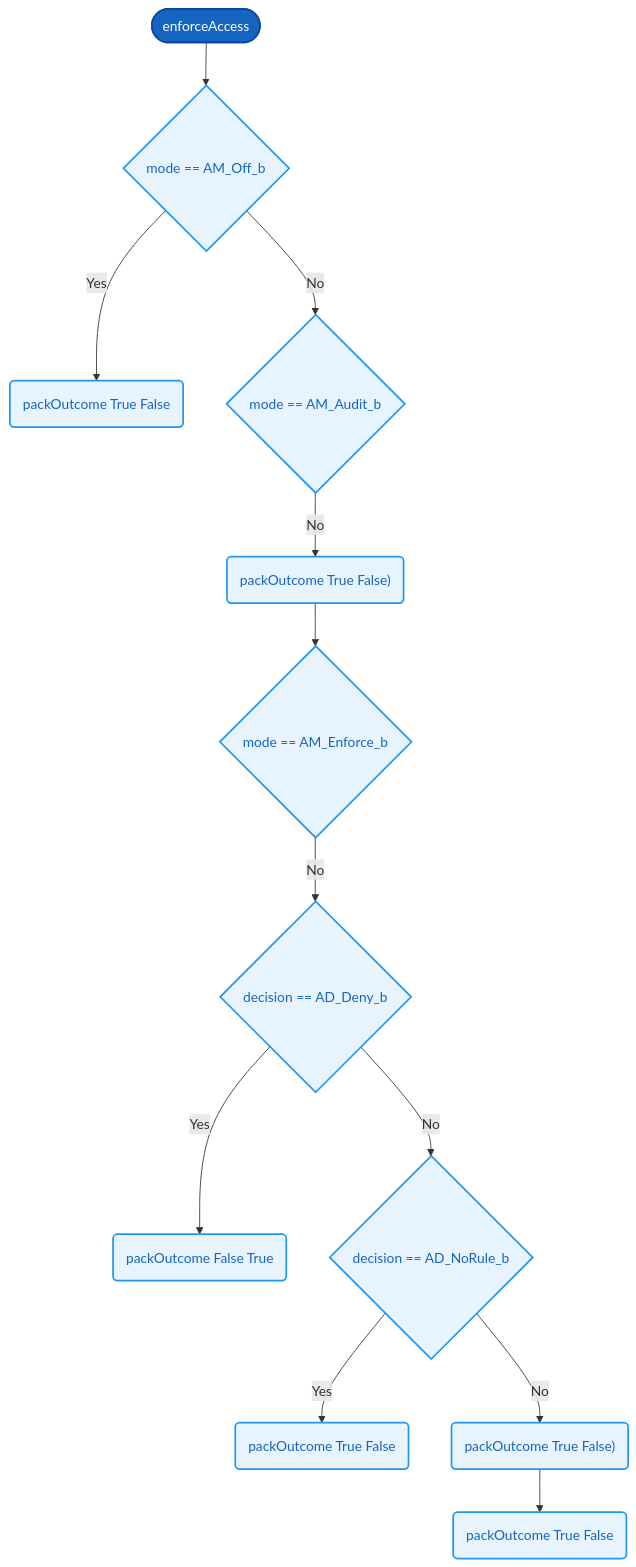
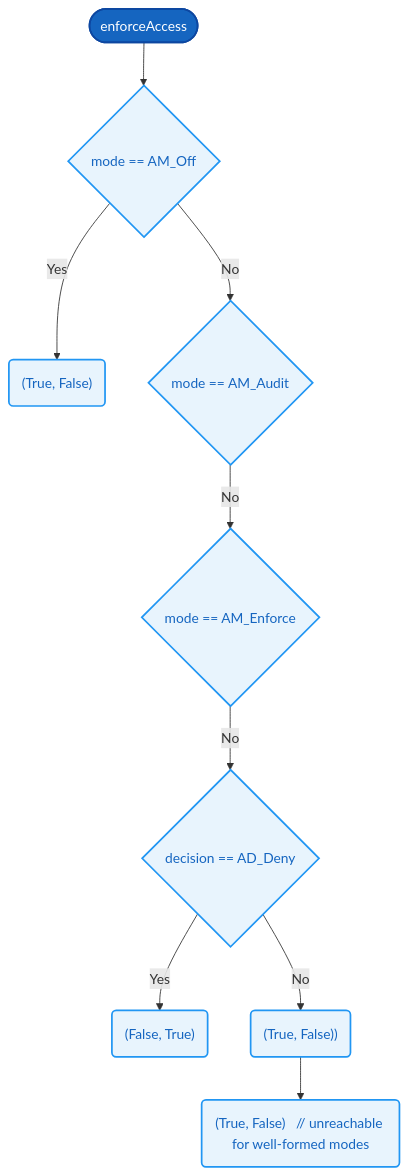
The diagram in docs/functions/enforceAccess.md (AmeliaRose802/formal-verification-demo-protocol), drawn with Mermaid before and after one commit. The commit also changed other lines of this file and 85 other files, not shown here.

````diff
--- a/docs/functions/enforceAccess.md
+++ b/docs/functions/enforceAccess.md
@@ -38,17 +34,14 @@
 ```mermaid
 flowchart TD
   Start(["enforceAccess"])
-  Start --> C0{"mode == AM_Off_b"}
-  C0 -->|Yes| R0("packOutcome True False")
-  C0 -->|No| C1{"mode == AM_Audit_b"}
-  C1 -->|No| R1("packOutcome True False)")
-  R1 --> C2{"mode == AM_Enforce_b"}
-  C2 -->|No| C3{"decision == AD_Deny_b"}
-  C3 -->|Yes| R2("packOutcome False True")
-  C3 -->|No| C4{"decision == AD_NoRule_b"}
-  C4 -->|Yes| R3("packOutcome True  False")
-  C4 -->|No| R4("packOutcome True  False)")
-  R4 --> R5("packOutcome True  False")
+  Start --> C0{"mode == AM_Off"}
+  C0 -->|Yes| R0("(True, False)")
+  C0 -->|No| C1{"mode == AM_Audit"}
+  C1 -->|No| C2{"mode == AM_Enforce"}
+  C2 -->|No| C3{"decision == AD_Deny"}
+  C3 -->|Yes| R1("(False, True)")
+  C3 -->|No| R2("(True,  False))")
+  R2 --> R3("(True, False)   // unreachable for well-formed modes")
   classDef default fill:#e8f4fd,stroke:#2196F3,stroke-width:2px,color:#1565C0
   style Start fill:#1565C0,stroke:#0D47A1,color:#fff,stroke-width:2px
 ```
````
